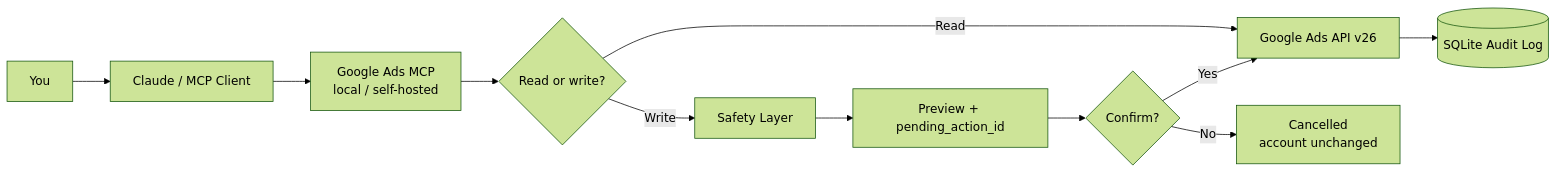
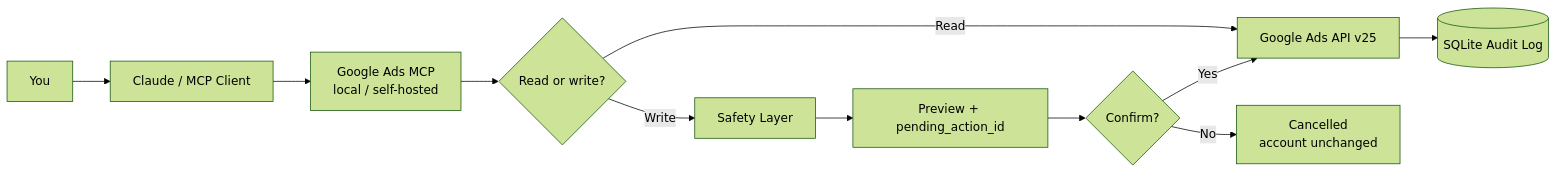
Before and after one commit to akelaonline/MCP-Google-Ads: the diagram in README.en.md, drawn with Mermaid (forest theme). The commit also changed other lines of this file and 2 other files, not shown here.

````diff
--- a/README.en.md
+++ b/README.en.md
@@ -90,13 +90,13 @@
 ```mermaid
 flowchart LR
     U[You] --> C[Claude / MCP Client]
     C --> M[Google Ads MCP\nlocal / self-hosted]
     M --> R{Read or write?}
-    R -->|Read| G[Google Ads API v26]
+    R -->|Read| G[Google Ads API v25]
     R -->|Write| S[Safety Layer]
     S --> P[Preview + pending_action_id]
     P --> H{Confirm?}
     H -->|No| X[Cancelled\naccount unchanged]
     H -->|Yes| G
     G --> A[(SQLite Audit Log)]
 ```
````
